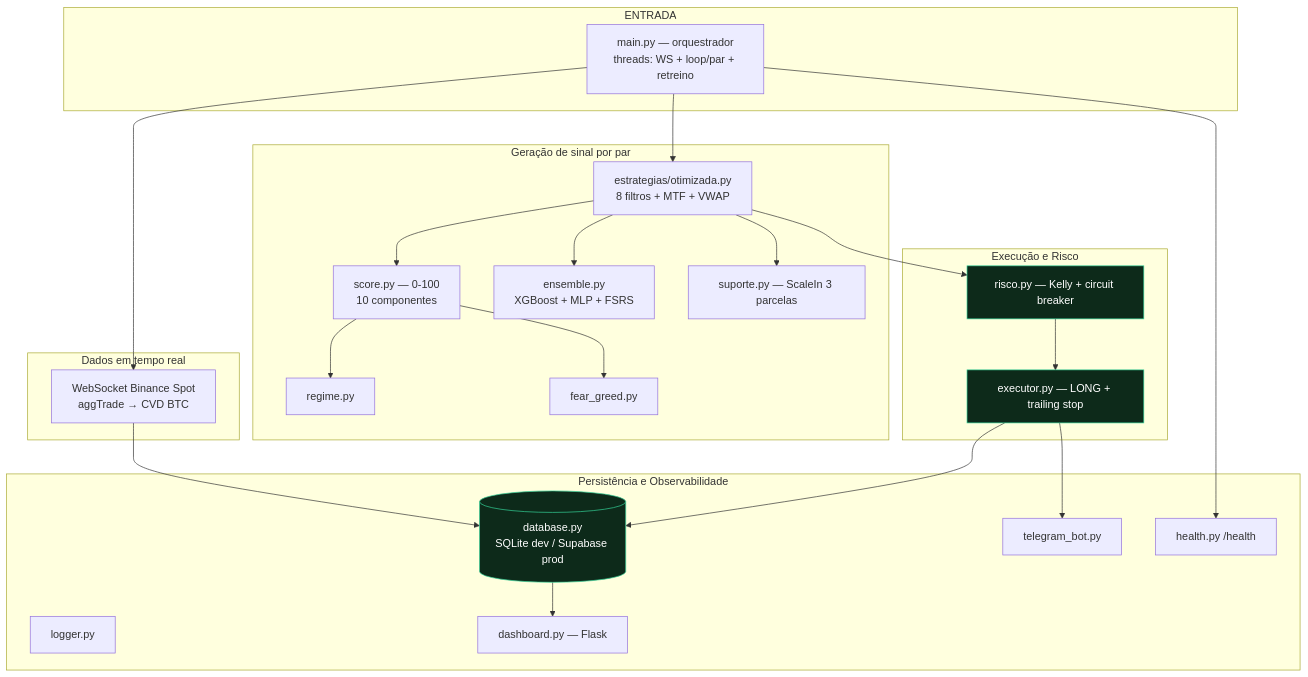
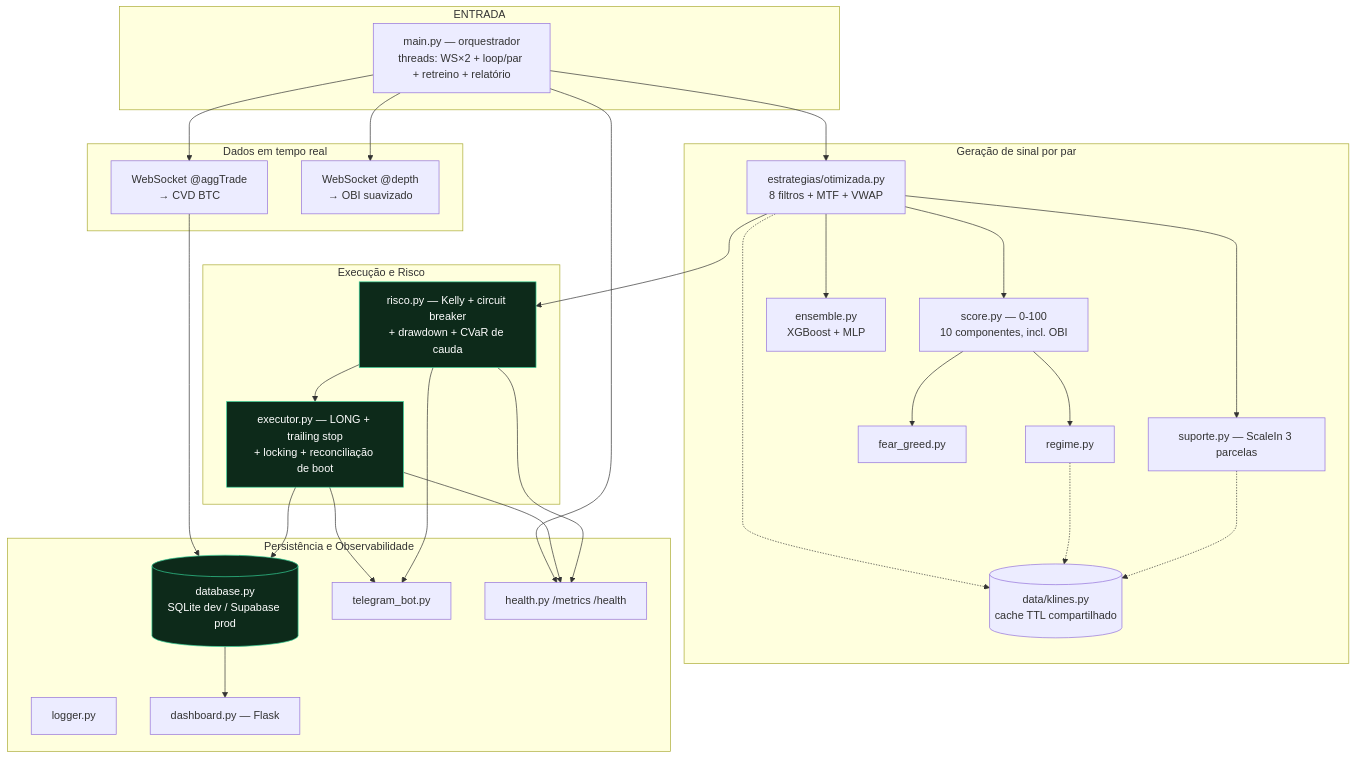
Before and after one commit to orgateccloud-bot/CryptoXBot: the diagram in docs/Arquitetura/Visao Geral.md, drawn with Mermaid. The commit also changed other lines of this file and 11 other files, not shown here.

````diff
--- a/docs/Arquitetura/Visao Geral.md
+++ b/docs/Arquitetura/Visao Geral.md
@@ -21,41 +24,50 @@
 ```mermaid
 flowchart TD
     subgraph ENTRADA
-        MAIN[main.py — orquestrador<br/>threads: WS + loop/par + retreino]
+        MAIN[main.py — orquestrador<br/>threads: WS×2 + loop/par + retreino + relatório]
     end
     subgraph TEMPO_REAL[Dados em tempo real]
-        WS[WebSocket Binance Spot<br/>aggTrade → CVD BTC]
+        WS[WebSocket @aggTrade<br/>→ CVD BTC]
+        WSD[WebSocket @depth<br/>→ OBI suavizado]
     end
     subgraph SINAL[Geração de sinal por par]
         OTM[estrategias/otimizada.py<br/>8 filtros + MTF + VWAP]
-        SCORE[score.py — 0-100<br/>10 componentes]
+        SCORE[score.py — 0-100<br/>10 componentes, incl. OBI]
         REG[regime.py]
         FG[fear_greed.py]
-        ENS[ensemble.py<br/>XGBoost + MLP + FSRS]
+        ENS[ensemble.py<br/>XGBoost + MLP]
         SUP[suporte.py — ScaleIn 3 parcelas]
+        KLI[(data/klines.py<br/>cache TTL compartilhado)]
     end
     subgraph EXEC[Execução e Risco]
-        RISCO[risco.py — Kelly + circuit breaker]
-        EXE[executor.py — LONG + trailing stop]
+        RISCO[risco.py — Kelly + circuit breaker<br/>+ drawdown + CVaR de cauda]
+        EXE[executor.py — LONG + trailing stop<br/>+ locking + reconciliação de boot]
     end
     subgraph DADOS[Persistência e Observabilidade]
         DB[(database.py<br/>SQLite dev / Supabase prod)]
         LOG[logger.py]
         TG[telegram_bot.py]
-        HEALTH[health.py /health]
+        HEALTH[health.py /metrics /health]
         DASH[dashboard.py — Flask]
     end
 
     MAIN --> WS --> DB
+    MAIN --> WSD
     MAIN --> OTM
     OTM --> SCORE --> REG & FG
     OTM --> ENS
     OTM --> SUP
+    OTM -.-> KLI
+    REG -.-> KLI
+    SUP -.-> KLI
     OTM --> RISCO --> EXE --> DB
     MAIN --> HEALTH
     EXE --> TG
+    RISCO --> TG
+    EXE --> HEALTH
+    RISCO --> HEALTH
     DB --> DASH
 
     classDef ok fill:#0d2a1a,stroke:#34d399,color:#fff;
     class RISCO,EXE,DB ok;
 ```
````
